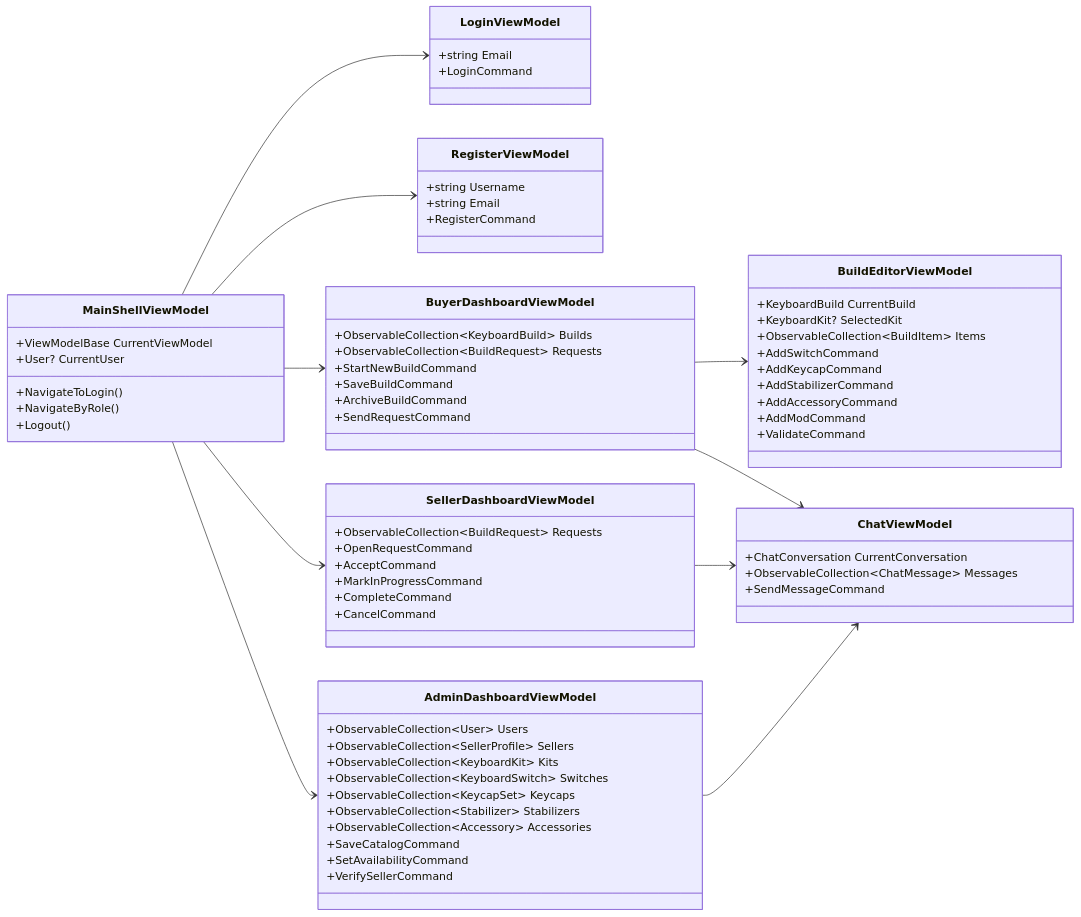
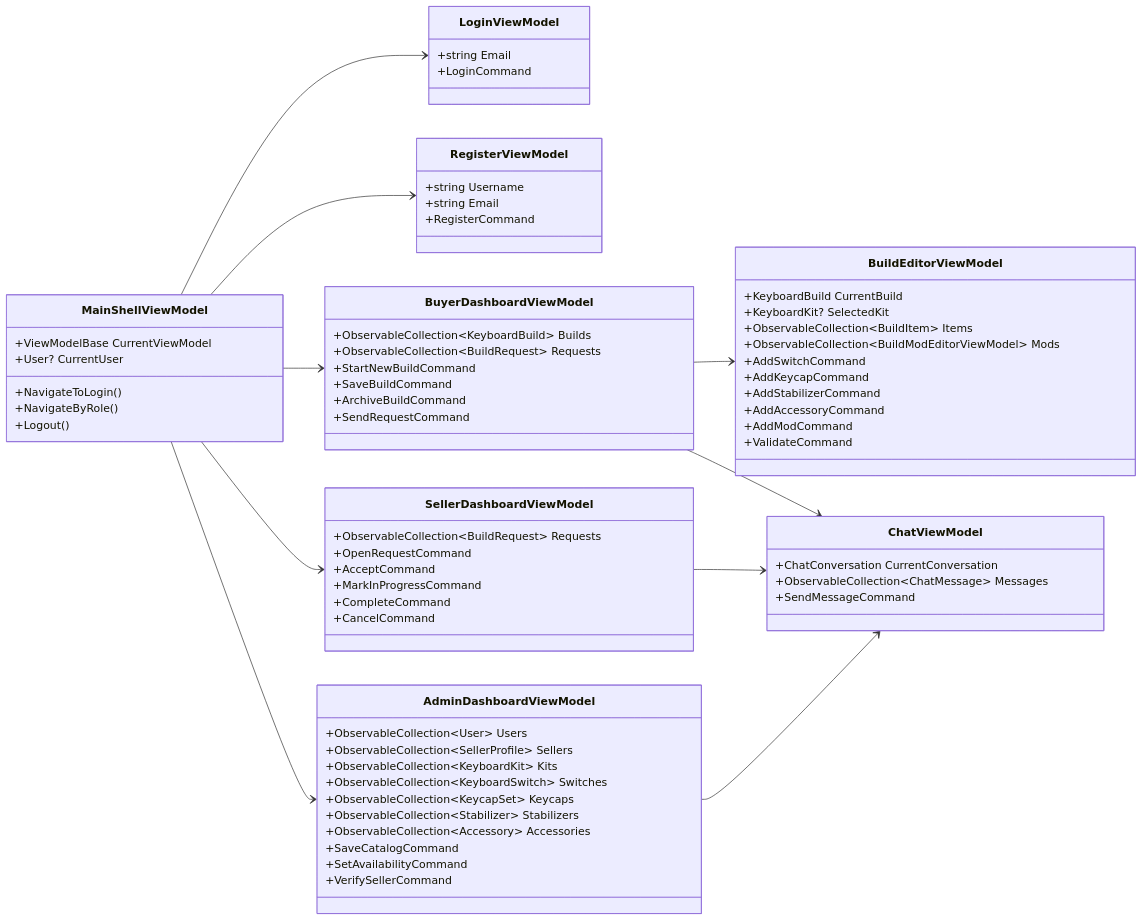
Before and after one commit to froynar/Custom_keyboard: the third of 3 diagrams in Documents_Refactor/Custom_Keyboard_Class_Diagram_Refactor.md, drawn with Mermaid. The commit also changed other lines of this file and 81 other files, not shown here.

```diff
--- a/Documents_Refactor/Custom_Keyboard_Class_Diagram_Refactor.md
+++ b/Documents_Refactor/Custom_Keyboard_Class_Diagram_Refactor.md
@@ -421,6 +469,7 @@
         +KeyboardBuild CurrentBuild
         +KeyboardKit? SelectedKit
         +ObservableCollection~BuildItem~ Items
+        +ObservableCollection~BuildModEditorViewModel~ Mods
         +AddSwitchCommand
         +AddKeycapCommand
         +AddStabilizerCommand
```
